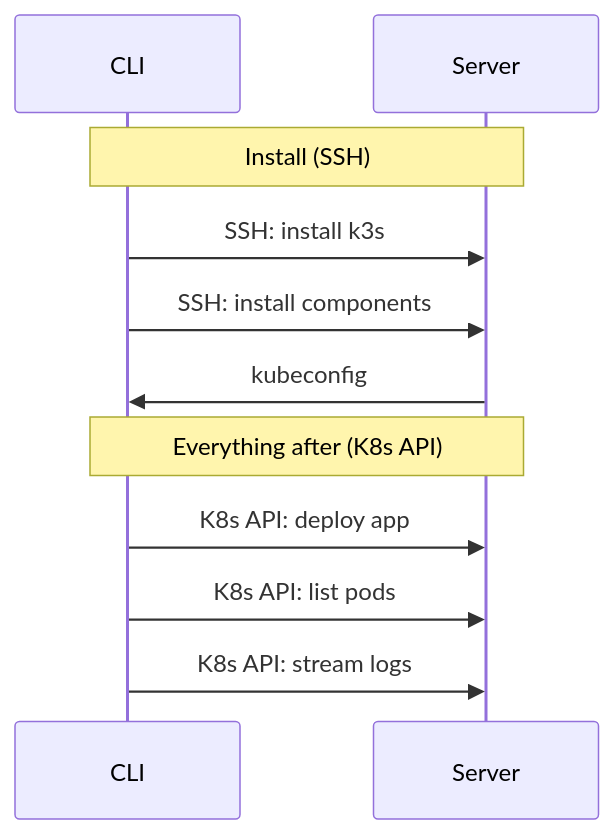
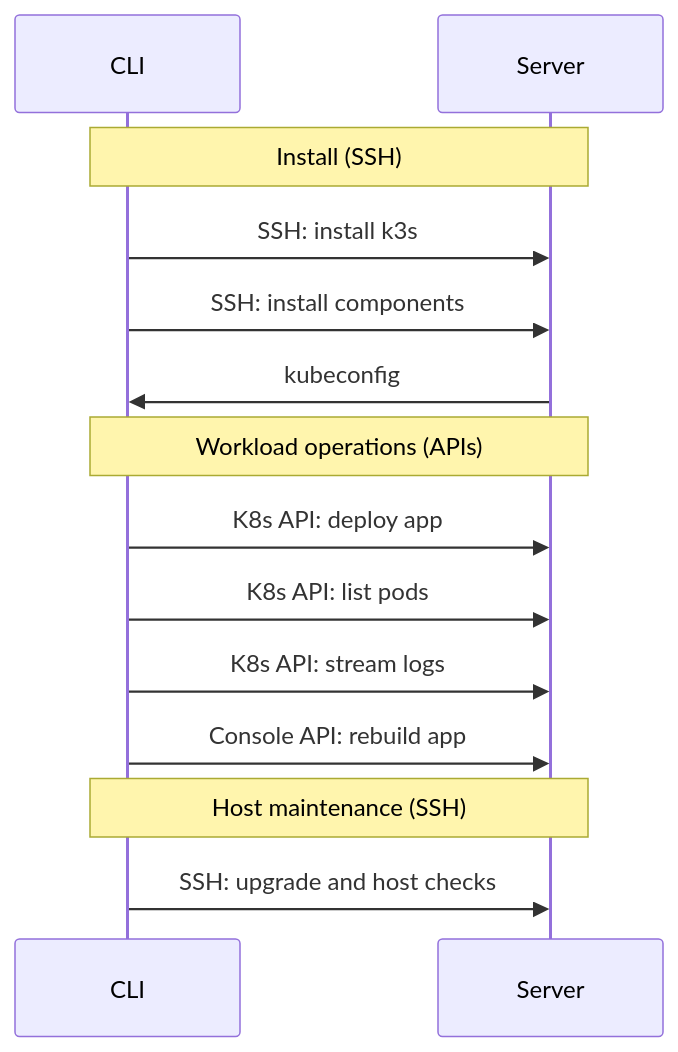
The second of 5 diagrams in docs/en/architecture.md (getkipper/kipper), drawn with Mermaid before and after one commit. The commit also changed other lines of this file and 43 other files, not shown here.

````diff
--- a/docs/en/architecture.md
+++ b/docs/en/architecture.md
@@ -60,15 +62,18 @@
 ```mermaid
 sequenceDiagram
     participant CLI
     participant Server
 
     Note over CLI,Server: Install (SSH)
     CLI->>Server: SSH: install k3s
     CLI->>Server: SSH: install components
     Server->>CLI: kubeconfig
 
-    Note over CLI,Server: Everything after (K8s API)
+    Note over CLI,Server: Workload operations (APIs)
     CLI->>Server: K8s API: deploy app
     CLI->>Server: K8s API: list pods
     CLI->>Server: K8s API: stream logs
+    CLI->>Server: Console API: rebuild app
+    Note over CLI,Server: Host maintenance (SSH)
+    CLI->>Server: SSH: upgrade and host checks
 ```
````
